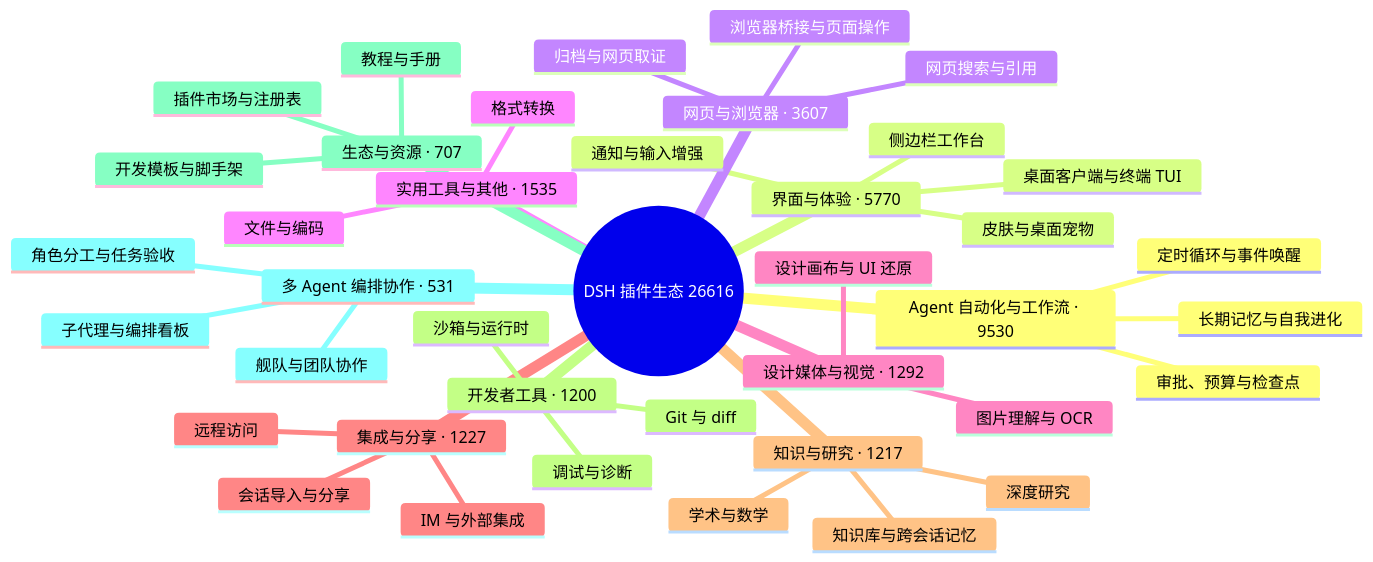
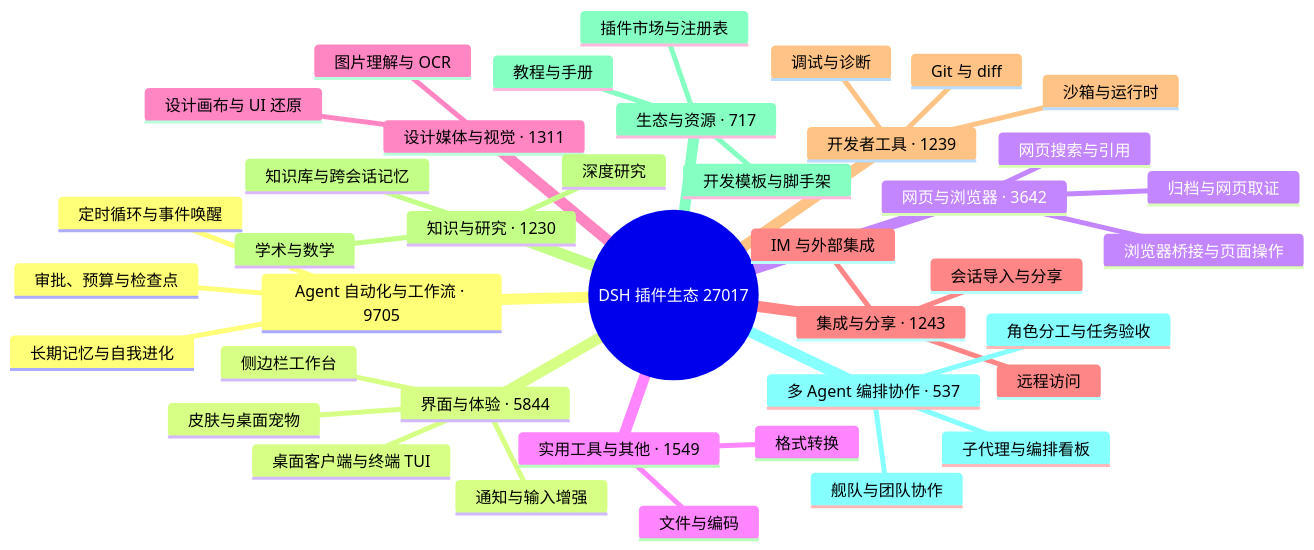
One commit to bruc3van/awesome-dsh-plugin changed the diagram in README.md. Above: the diagram before and after it, drawn with Mermaid. The commit also changed other lines of this file and 27 other files, not shown here.

````diff
--- a/README.md
+++ b/README.md
@@ -32,43 +32,43 @@
 ```mermaid
 mindmap
-  root((DSH 插件生态 26616))
-    Agent 自动化与工作流 · 9530
+  root((DSH 插件生态 27017))
+    Agent 自动化与工作流 · 9705
       定时循环与事件唤醒
       长期记忆与自我进化
       审批、预算与检查点
-    界面与体验 · 5770
+    界面与体验 · 5844
       桌面客户端与终端 TUI
       侧边栏工作台
       皮肤与桌面宠物
       通知与输入增强
-    网页与浏览器 · 3607
+    网页与浏览器 · 3642
       浏览器桥接与页面操作
       网页搜索与引用
       归档与网页取证
-    实用工具与其他 · 1535
+    实用工具与其他 · 1549
       文件与编码
       格式转换
-    设计媒体与视觉 · 1292
+    设计媒体与视觉 · 1311
       图片理解与 OCR
       设计画布与 UI 还原
-    集成与分享 · 1227
+    集成与分享 · 1243
       会话导入与分享
       远程访问
       IM 与外部集成
-    知识与研究 · 1217
+    开发者工具 · 1239
+      Git 与 diff
+      沙箱与运行时
+      调试与诊断
+    知识与研究 · 1230
       知识库与跨会话记忆
       深度研究
       学术与数学
-    开发者工具 · 1200
-      Git 与 diff
-      沙箱与运行时
-      调试与诊断
-    生态与资源 · 707
+    生态与资源 · 717
       插件市场与注册表
       开发模板与脚手架
       教程与手册
-    多 Agent 编排协作 · 531
+    多 Agent 编排协作 · 537
       子代理与编排看板
       舰队与团队协作
       角色分工与任务验收
 ```
````
